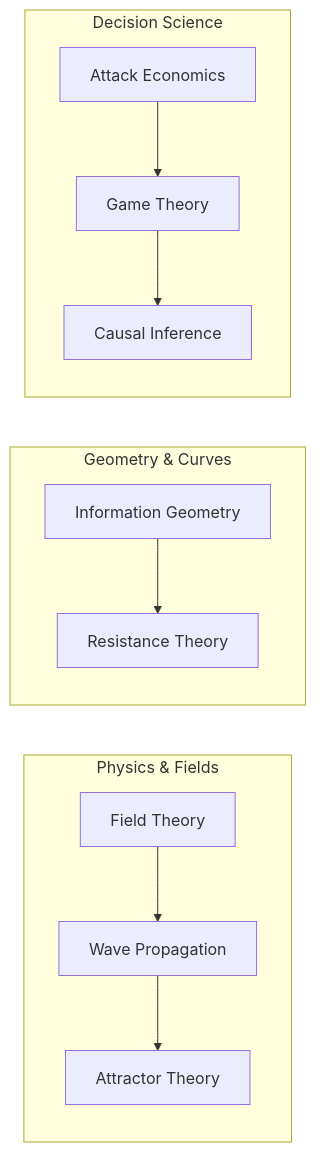
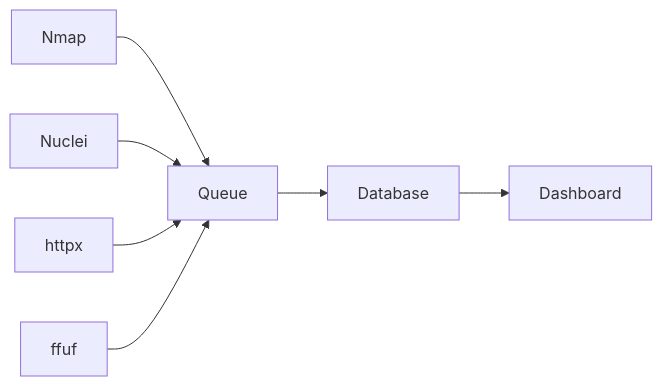
Before and after one commit to webspoilt/lattice9: the second of 4 diagrams in README.md, drawn with Mermaid. The commit also changed other lines of this file, not shown here.

````diff
--- a/README.md
+++ b/README.md
@@ -169,14 +95,9 @@
 ```mermaid
 graph LR
-    subgraph Physics & Fields
-    F1[Field Theory] --> W1[Wave Propagation]
-    W1 --> A1[Attractor Theory]
-    end
-    subgraph Geometry & Curves
-    I1[Information Geometry] --> R1[Resistance Theory]
-    end
-    subgraph Decision Science
-    E1[Attack Economics] --> G1[Game Theory]
-    G1 --> C1[Causal Inference]
-    end
+A[Nmap] --> B[Queue]
+C[Nuclei] --> B
+D[httpx] --> B
+E[ffuf] --> B
+B --> F[Database]
+F --> G[Dashboard]
 ```
````
